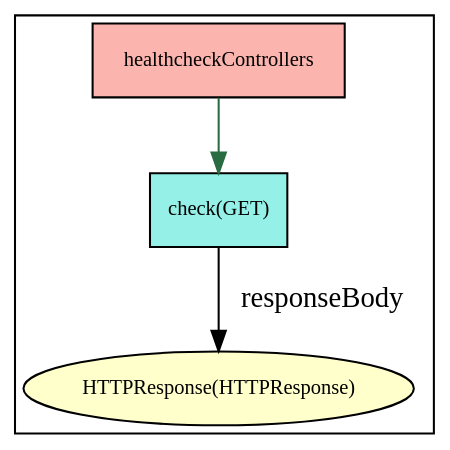
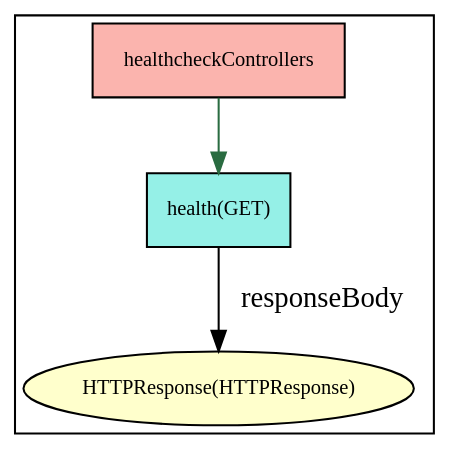
Before and after one commit to katie291100/eng2-project: the diagram in modeling/metamodel/gen/TrendingHashtagMicroservice/controllers/healthcheckControllers.gv, drawn with Graphviz. The commit also changed 33 other files, not shown here.

```diff
--- a/modeling/metamodel/gen/TrendingHashtagMicroservice/controllers/healthcheckControllers.gv
+++ b/modeling/metamodel/gen/TrendingHashtagMicroservice/controllers/healthcheckControllers.gv
@@ -1,15 +1,14 @@
 digraph G {
     node[shape=rectangle, fontname=Tahoma, fontsize=10, style="filled",
         gradientangle="270", fillcolor="bisque", colorscheme="pastel19"]
     colorscheme="pastel19"
     
 	splines=line
 	healthcheckControllers [fillcolor="1"]
 		
-	    check [label="check(GET)" fillcolor="#95f0e7" ]
-   		healthcheckControllers -> check [color="#2A6C41" ]
+	    health [label="health(GET)" fillcolor="#95f0e7" ]
+   		healthcheckControllers -> health [color="#2A6C41" ]
 	    	HTTPResponse[label="HTTPResponse(HTTPResponse)" fillcolor="6" shape=ellipse]
-	    	check -> HTTPResponse [label="responseBody"]
-	    	    
+	    	health -> HTTPResponse [label="responseBody"]
 	    
 }
```
